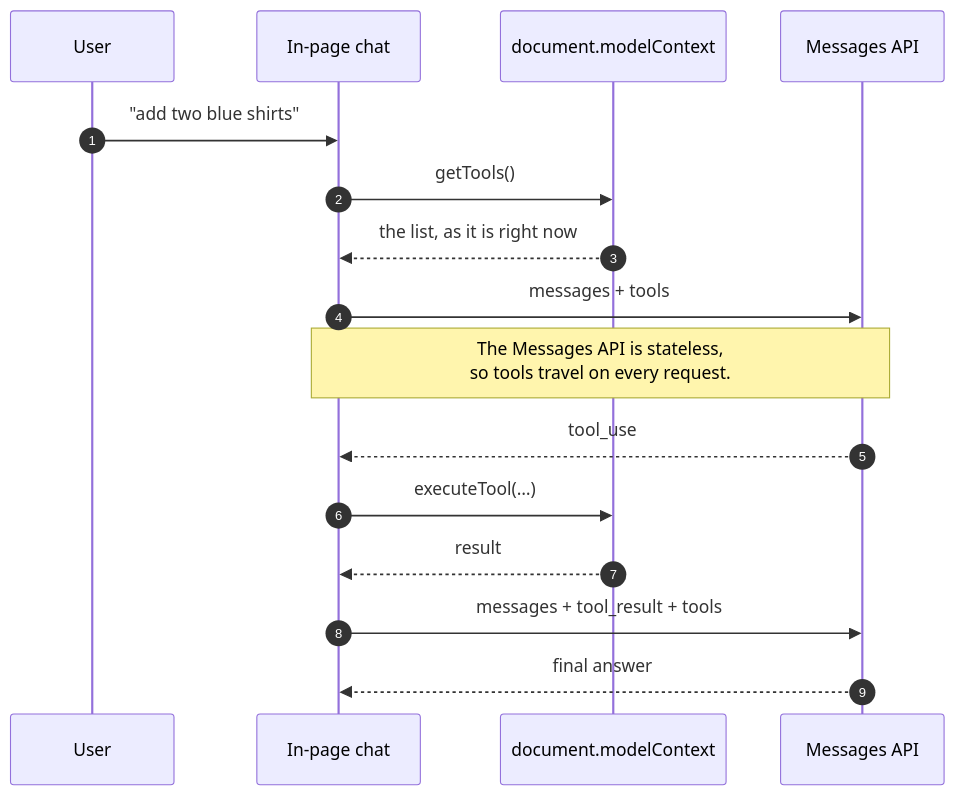
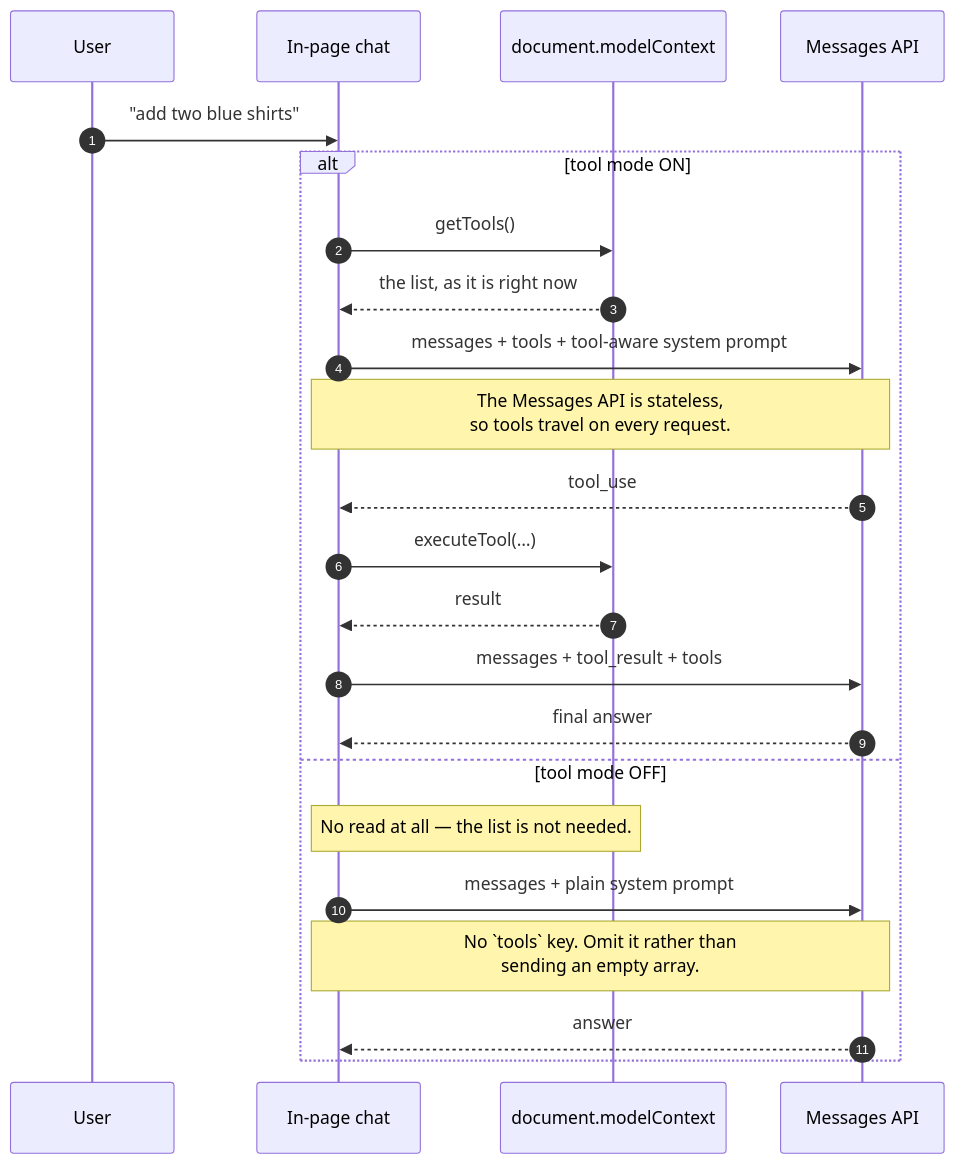
One commit to hasan1985/webmcp-angular changed the third of 10 diagrams in docs/architecture/07-lifecycle-sequence.md. Above: the diagram before and after it, drawn with Mermaid. The commit also changed other lines of this file, not shown here.

First line of the commit message:
show the tools on/off toggle in the cadence diagram

````diff
--- a/docs/architecture/07-lifecycle-sequence.md
+++ b/docs/architecture/07-lifecycle-sequence.md
@@ -155,19 +156,27 @@
 ```mermaid
 sequenceDiagram
     autonumber
     participant User
     participant Chat as In-page chat
     participant MC as document.modelContext
     participant LLM as Messages API
 
     User->>Chat: "add two blue shirts"
-    Chat->>MC: getTools()
-    MC-->>Chat: the list, as it is right now
-    Chat->>LLM: messages + tools
-    Note over Chat,LLM: The Messages API is stateless,<br/>so tools travel on every request.
-    LLM-->>Chat: tool_use
-    Chat->>MC: executeTool(…)
-    MC-->>Chat: result
-    Chat->>LLM: messages + tool_result + tools
-    LLM-->>Chat: final answer
+
+    alt tool mode ON
+        Chat->>MC: getTools()
+        MC-->>Chat: the list, as it is right now
+        Chat->>LLM: messages + tools + tool-aware system prompt
+        Note over Chat,LLM: The Messages API is stateless,<br/>so tools travel on every request.
+        LLM-->>Chat: tool_use
+        Chat->>MC: executeTool(…)
+        MC-->>Chat: result
+        Chat->>LLM: messages + tool_result + tools
+        LLM-->>Chat: final answer
+    else tool mode OFF
+        Note over Chat,MC: No read at all — the list is not needed.
+        Chat->>LLM: messages + plain system prompt
+        Note over Chat,LLM: No `tools` key. Omit it rather than<br/>sending an empty array.
+        LLM-->>Chat: answer
+    end
 ```
````
